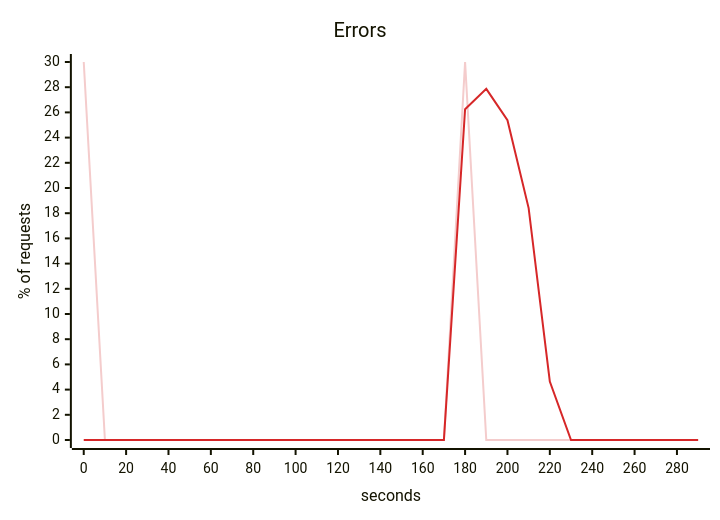
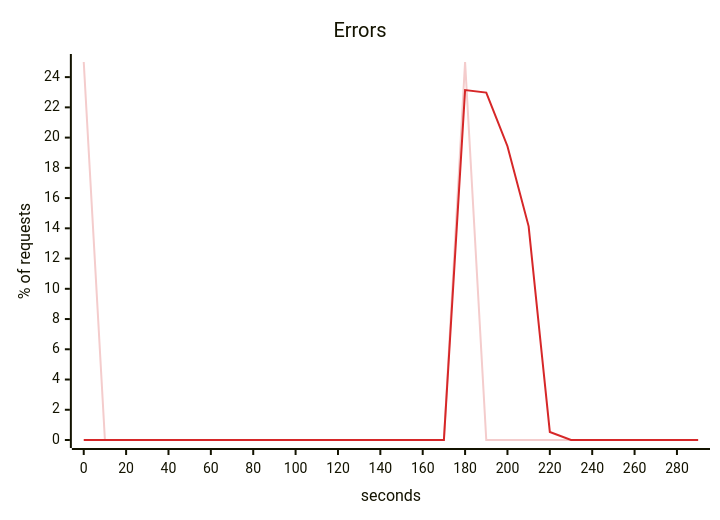
Before and after one commit to akinfemi/load-lore: the fourth of 5 diagrams in scenarios/cache-restart/solutions/coalesce/report.md, drawn with Mermaid. The commit also changed other lines of this file and 125 other files, not shown here.

````diff
--- a/scenarios/cache-restart/solutions/coalesce/report.md
+++ b/scenarios/cache-restart/solutions/coalesce/report.md
@@ -80,15 +81,15 @@
 ```mermaid
 ---
 config:
   themeVariables:
     xyChart:
       backgroundColor: "transparent"
       plotColorPalette: "#f4cccc, #d62728"
 ---
 xychart-beta
     title "Errors"
     x-axis "seconds" 0 --> 290
-    y-axis "% of requests" 0 --> 30
-    line [30, 0, 0, 0, 0, 0, 0, 0, 0, 0, 0, 0, 0, 0, 0, 0, 0, 0, 30, 0, 0, 0, 0, 0, 0, 0, 0, 0, 0, 0]
-    line [0, 0, 0, 0, 0, 0, 0, 0, 0, 0, 0, 0, 0, 0, 0, 0, 0, 0, 26.257, 27.87, 25.381, 18.402, 4.638, 0, 0, 0, 0, 0, 0, 0]
+    y-axis "% of requests" 0 --> 25
+    line [25, 0, 0, 0, 0, 0, 0, 0, 0, 0, 0, 0, 0, 0, 0, 0, 0, 0, 25, 0, 0, 0, 0, 0, 0, 0, 0, 0, 0, 0]
+    line [0, 0, 0, 0, 0, 0, 0, 0, 0, 0, 0, 0, 0, 0, 0, 0, 0, 0, 23.141, 22.978, 19.429, 14.13, 0.531, 0, 0, 0, 0, 0, 0, 0]
 ```
````
